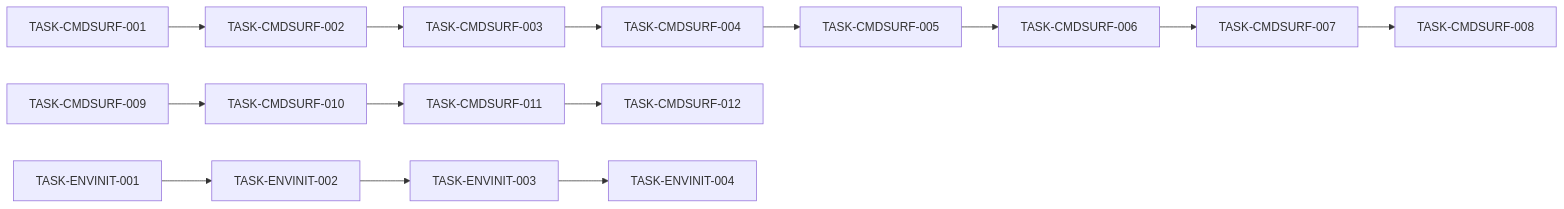
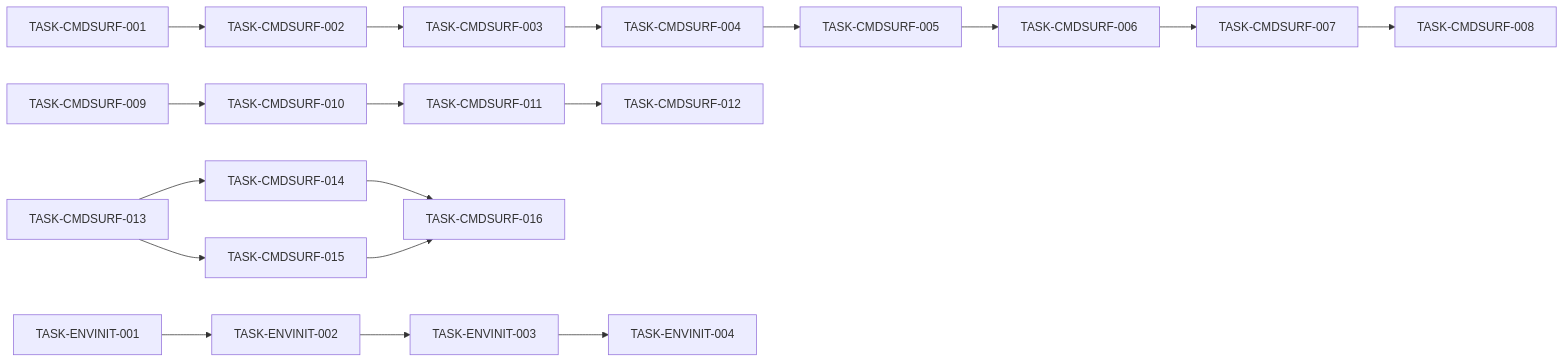
One commit to hollisyao2024/PromptsEngineering changed the diagram in docs/data/task-dependency-matrix.md. Above: the diagram before and after it, drawn with Mermaid. The commit also changed other lines of this file and 13 other files, not shown here.

````diff
--- a/docs/data/task-dependency-matrix.md
+++ b/docs/data/task-dependency-matrix.md
@@ -18,16 +22,20 @@
 ```mermaid
 flowchart LR
   T1[TASK-CMDSURF-001] --> T2[TASK-CMDSURF-002]
   T2 --> T3[TASK-CMDSURF-003]
   T3 --> T4[TASK-CMDSURF-004]
   T4 --> T5[TASK-CMDSURF-005]
   T5 --> T6[TASK-CMDSURF-006]
   T6 --> T7[TASK-CMDSURF-007]
   T7 --> T8[TASK-CMDSURF-008]
   C9[TASK-CMDSURF-009] --> C10[TASK-CMDSURF-010]
   C10 --> C11[TASK-CMDSURF-011]
   C11 --> C12[TASK-CMDSURF-012]
+  C13[TASK-CMDSURF-013] --> C14[TASK-CMDSURF-014]
+  C13 --> C15[TASK-CMDSURF-015]
+  C14 --> C16[TASK-CMDSURF-016]
+  C15 --> C16
   E1[TASK-ENVINIT-001] --> E2[TASK-ENVINIT-002]
   E2 --> E3[TASK-ENVINIT-003]
   E3 --> E4[TASK-ENVINIT-004]
 ```
````
